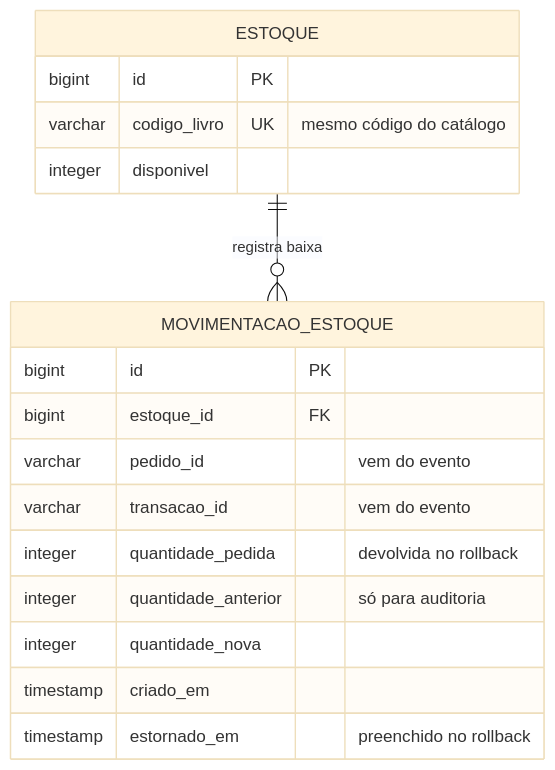
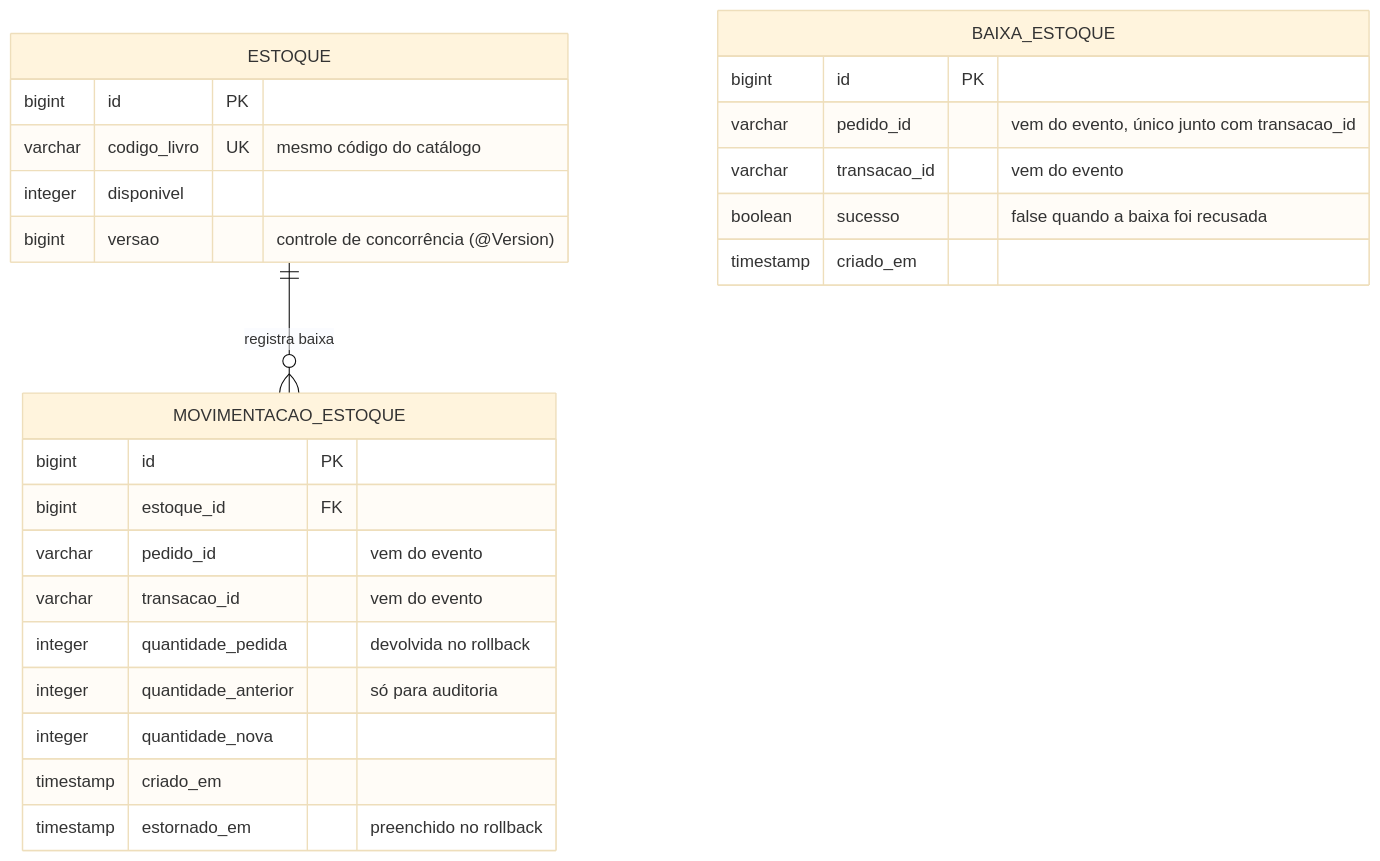
One commit to Carloseman1/padrao-saga-orquestrado-em-microsservi-os changed the sixth of 7 diagrams in README.md. Above: the diagram before and after it, drawn with Mermaid (base theme). The commit also changed other lines of this file and 1 other file, not shown here.

````diff
--- a/README.md
+++ b/README.md
@@ -304,20 +323,28 @@
 ```mermaid
 erDiagram
     ESTOQUE ||--o{ MOVIMENTACAO_ESTOQUE : "registra baixa"
     ESTOQUE {
         bigint id PK
         varchar codigo_livro UK "mesmo código do catálogo"
         integer disponivel
+        bigint versao "controle de concorrência (@Version)"
     }
     MOVIMENTACAO_ESTOQUE {
         bigint id PK
         bigint estoque_id FK
         varchar pedido_id "vem do evento"
         varchar transacao_id "vem do evento"
         integer quantidade_pedida "devolvida no rollback"
         integer quantidade_anterior "só para auditoria"
         integer quantidade_nova
         timestamp criado_em
         timestamp estornado_em "preenchido no rollback"
     }
+    BAIXA_ESTOQUE {
+        bigint id PK
+        varchar pedido_id "vem do evento, único junto com transacao_id"
+        varchar transacao_id "vem do evento"
+        boolean sucesso "false quando a baixa foi recusada"
+        timestamp criado_em
+    }
 ```
````
